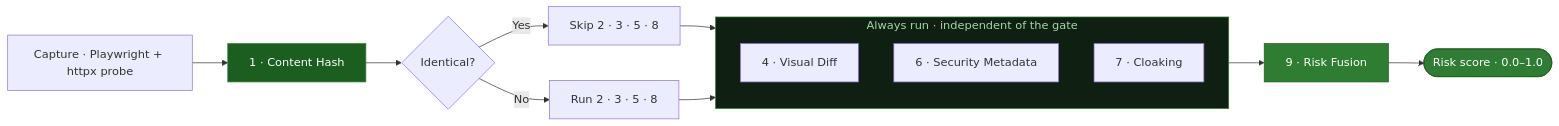
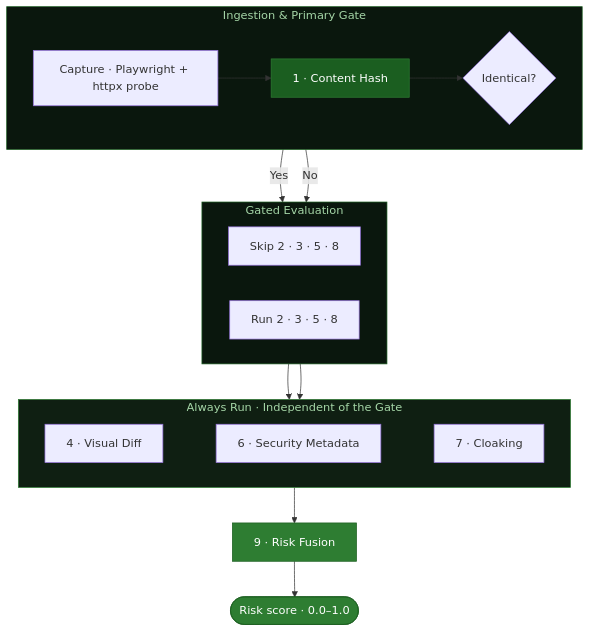
Before and after one commit to Ns81000/WARDRESS: the first of 2 diagrams in docs/detection-layers.mdx, drawn with Mermaid. The commit also changed other lines of this file and 3 other files, not shown here.

Commit message:
docs: add documentation for DOM structure layer and detection pipeline with custom Mermaid styling

````diff
--- a/docs/detection-layers.mdx
+++ b/docs/detection-layers.mdx
@@ -15,24 +15,33 @@
 ```mermaid
-flowchart LR
-    F[Capture · Playwright + httpx probe] --> L1[1 · Content Hash]
-    L1 --> G{Identical?}
-    G -->|Yes| GATE[Skip 2 · 3 · 5 · 8]
-    G -->|No| CONTENT[Run 2 · 3 · 5 · 8]
+flowchart TB
+    subgraph INTAKE [Ingestion & Primary Gate]
+      direction LR
+      F[Capture · Playwright + httpx probe] --> L1[1 · Content Hash]
+      L1 --> G{Identical?}
+    end
+
+    subgraph BRANCH [Gated Evaluation]
+      direction LR
+      G -->|Yes| GATE[Skip 2 · 3 · 5 · 8]
+      G -->|No| CONTENT[Run 2 · 3 · 5 · 8]
+    end
+
+    subgraph ALWAYS [Always Run · Independent of the Gate]
+      direction LR
+      L4[4 · Visual Diff] ~~~ L6[6 · Security Metadata] ~~~ L7[7 · Cloaking]
+    end
+
     GATE --> ALWAYS
     CONTENT --> ALWAYS
-    subgraph ALWAYS [Always run · independent of the gate]
-      direction TB
-      L4[4 · Visual Diff]
-      L6[6 · Security Metadata]
-      L7[7 · Cloaking]
-    end
     ALWAYS --> L9[9 · Risk Fusion]
     L9 --> RISK([Risk score · 0.0–1.0])
 
     classDef hash fill:#1b5e20,stroke:#2e7d32,color:#fff;
     classDef fusion fill:#2e7d32,stroke:#1b5e20,color:#fff;
     class L1 hash;
     class L9 fusion;
     class RISK fusion;
+    style INTAKE fill:#0a170d,stroke:#1b5e20,color:#a5d6a7;
+    style BRANCH fill:#0a170d,stroke:#1b5e20,color:#a5d6a7;
     style ALWAYS fill:#0f1f12,stroke:#2e7d32,color:#a5d6a7;
 ```
````
